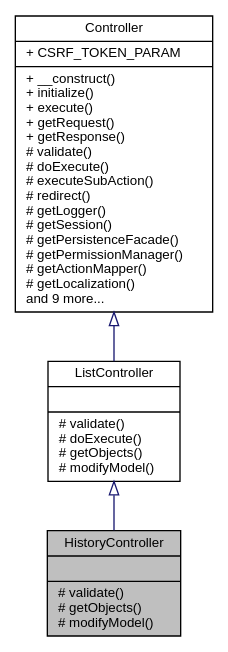
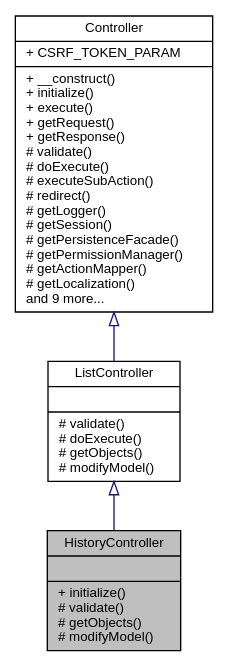
The diagram in classwcmf_1_1application_1_1controller_1_1_history_controller__inherit__graph.dot (eherwig/wcmf), drawn with Graphviz before and after one commit. The commit also changed 1132 other files, not shown here.

```diff
--- a/classwcmf_1_1application_1_1controller_1_1_history_controller__inherit__graph.dot
+++ b/classwcmf_1_1application_1_1controller_1_1_history_controller__inherit__graph.dot
@@ -1,10 +1,10 @@
 digraph "HistoryController"
 {
   edge [fontname="Helvetica",fontsize="10",labelfontname="Helvetica",labelfontsize="10"];
   node [fontname="Helvetica",fontsize="10",shape=record];
-  Node0 [label="{HistoryController\n||# validate()\l# getObjects()\l# modifyModel()\l}",height=0.2,width=0.4,color="black", fillcolor="grey75", style="filled", fontcolor="black"];
+  Node0 [label="{HistoryController\n||+ initialize()\l# validate()\l# getObjects()\l# modifyModel()\l}",height=0.2,width=0.4,color="black", fillcolor="grey75", style="filled", fontcolor="black"];
   Node1 -> Node0 [dir="back",color="midnightblue",fontsize="10",style="solid",arrowtail="onormal",fontname="Helvetica"];
   Node1 [label="{ListController\n||# validate()\l# doExecute()\l# getObjects()\l# modifyModel()\l}",height=0.2,width=0.4,color="black", fillcolor="white", style="filled",URL="$classwcmf_1_1application_1_1controller_1_1_list_controller.html",tooltip="ListController is used to load Node lists. "];
   Node2 -> Node1 [dir="back",color="midnightblue",fontsize="10",style="solid",arrowtail="onormal",fontname="Helvetica"];
   Node2 [label="{Controller\n|+ CSRF_TOKEN_PARAM\l|+ __construct()\l+ initialize()\l+ execute()\l+ getRequest()\l+ getResponse()\l# validate()\l# doExecute()\l# executeSubAction()\l# redirect()\l# getLogger()\l# getSession()\l# getPersistenceFacade()\l# getPermissionManager()\l# getActionMapper()\l# getLocalization()\land 9 more...\l}",height=0.2,width=0.4,color="black", fillcolor="white", style="filled",URL="$classwcmf_1_1lib_1_1presentation_1_1_controller.html",tooltip="Controller is the base class of all controllers. "];
 }
```
